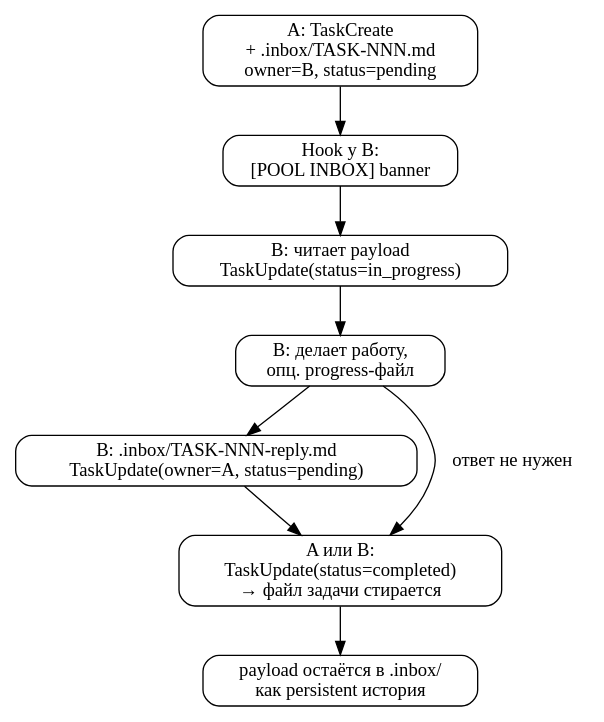
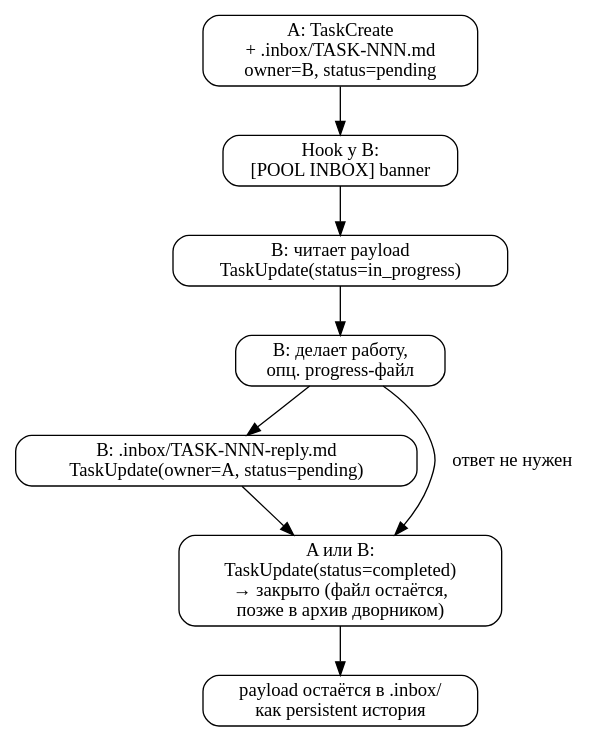
Before and after one commit to Dieugene/ai-agent-backed-project-template: the second of 2 diagrams in docs/pool-communication.md, drawn with Graphviz. The commit also changed other lines of this file and 4 other files, not shown here.

First line of the commit message:
pool-patterns: task-store hygiene — completed no longer auto-deletes, add janitor

````diff
--- a/docs/pool-communication.md
+++ b/docs/pool-communication.md
@@ -562,17 +581,17 @@
 ```dot
 digraph lifecycle {
   rankdir=TB;
   node [shape=box, style=rounded];
 
   CREATE [label="A: TaskCreate\n+ .inbox/TASK-NNN.md\nowner=B, status=pending"];
   HOOK [label="Hook у B:\n[POOL INBOX] banner"];
   ACCEPT [label="B: читает payload\nTaskUpdate(status=in_progress)"];
   WORK [label="B: делает работу,\nопц. progress-файл"];
   REPLY [label="B: .inbox/TASK-NNN-reply.md\nTaskUpdate(owner=A, status=pending)"];
-  CLOSE [label="A или B:\nTaskUpdate(status=completed)\n→ файл задачи стирается"];
+  CLOSE [label="A или B:\nTaskUpdate(status=completed)\n→ закрыто (файл остаётся,\nпозже в архив дворником)"];
   PERSIST [label="payload остаётся в .inbox/\nкак persistent история"];
 
   CREATE -> HOOK -> ACCEPT -> WORK -> REPLY -> CLOSE -> PERSIST;
   WORK -> CLOSE [label="ответ не нужен"];
 }
 ```
````
